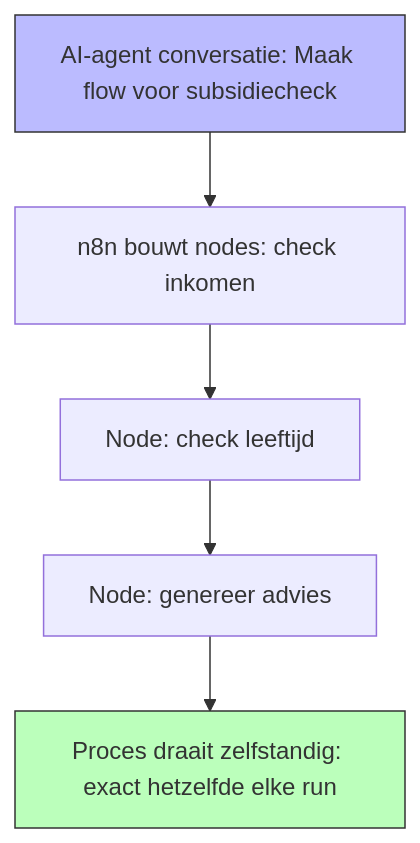
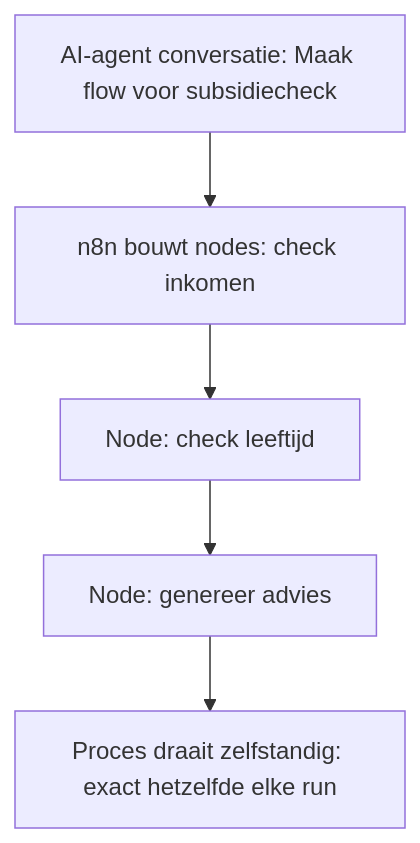
Before and after one commit to rubenvdlinde/rubenlinde: the diagram in blog/platform-ai-en-overheid/2025-01-18-ai-techniek-integratie.md, drawn with Mermaid. The commit also changed 1 other file, not shown here.

Commit message:
fix:remove-inline-mermaid-styles-use-css-instead

````diff
--- a/blog/platform-ai-en-overheid/2025-01-18-ai-techniek-integratie.md
+++ b/blog/platform-ai-en-overheid/2025-01-18-ai-techniek-integratie.md
@@ -58,9 +58,7 @@
 ```mermaid
 flowchart TD
     A["AI-agent conversatie: Maak flow voor subsidiecheck"] --> B["n8n bouwt nodes: check inkomen"]
     B --> C["Node: check leeftijd"]
     C --> D["Node: genereer advies"]
     D --> E["Proces draait zelfstandig: exact hetzelfde elke run"]
-    style A fill:#bbf,stroke:#333
-    style E fill:#bfb,stroke:#333
 ```
````
